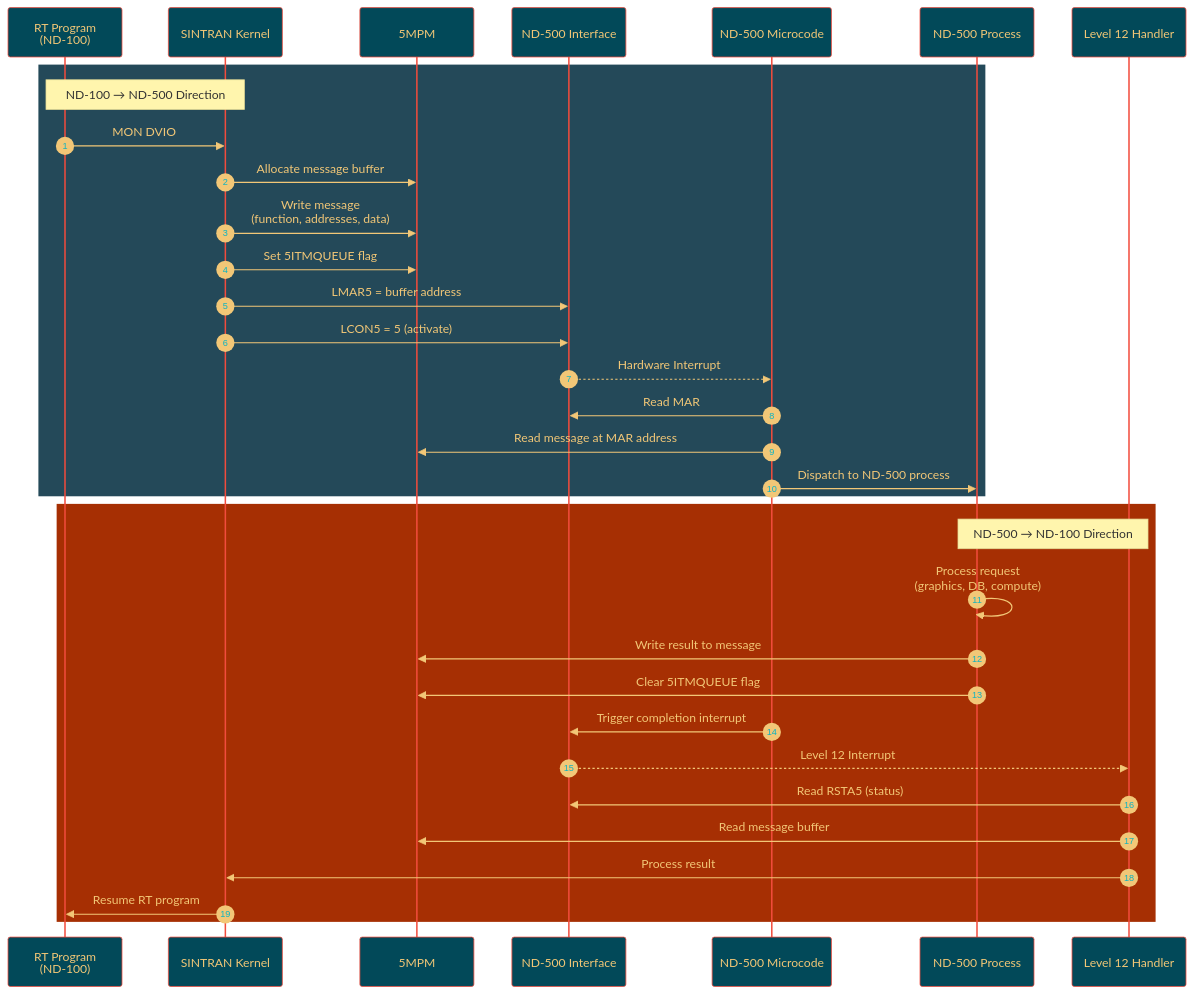
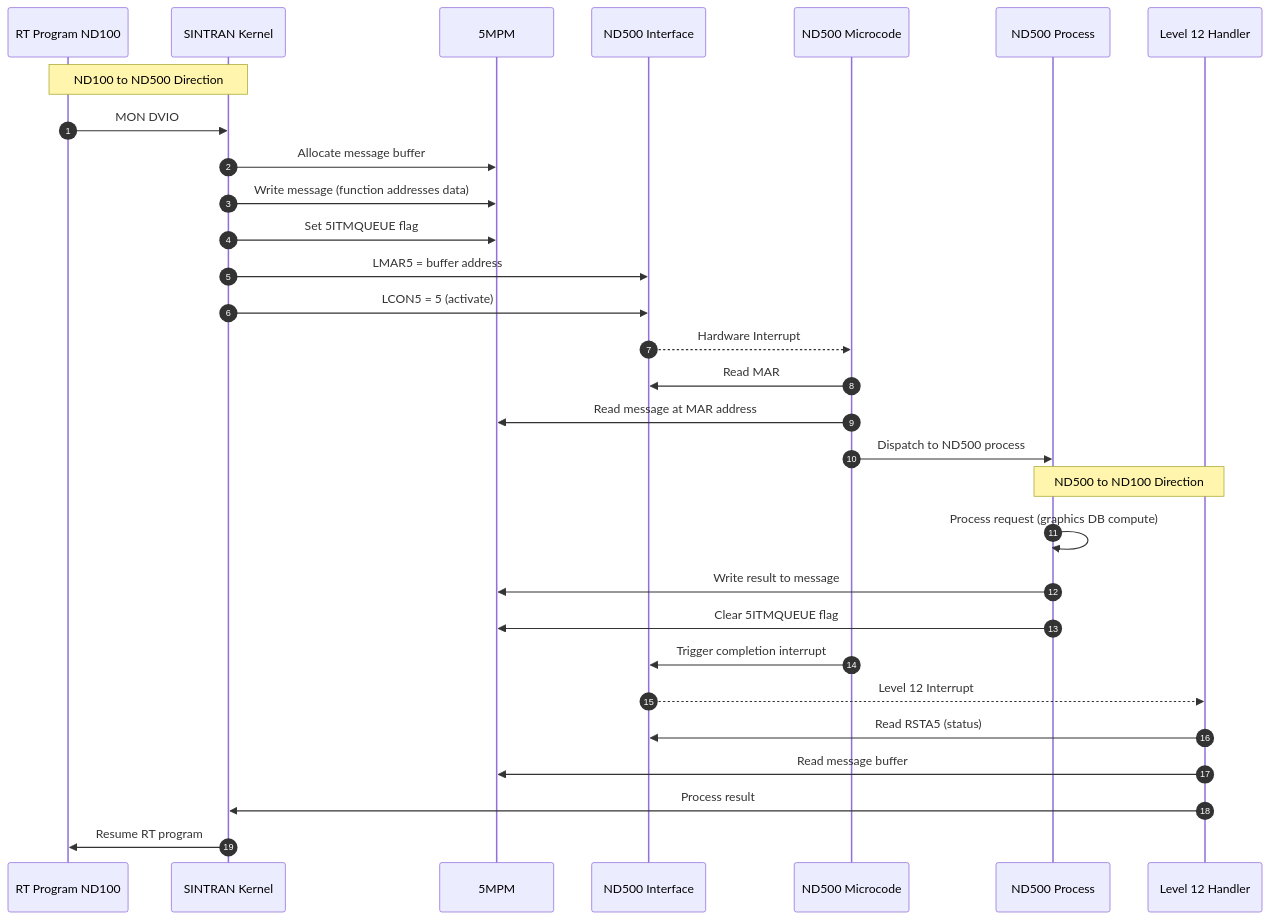
One commit to HackerCorpLabs/NDInsight changed the second of 3 diagrams in SINTRAN/OS/06-MULTIPORT-MEMORY-PART2.md. Above: the diagram before and after it, drawn with Mermaid. The commit also changed other lines of this file and 19 other files, not shown here.

Commit message:
Updated Mermaid diagrams

````diff
--- a/SINTRAN/OS/06-MULTIPORT-MEMORY-PART2.md
+++ b/SINTRAN/OS/06-MULTIPORT-MEMORY-PART2.md
@@ -125,39 +126,34 @@
 ```mermaid
-%%{init: {'theme':'base', 'themeVariables': {'primaryColor':'#024959','primaryTextColor':'#F2C777','primaryBorderColor':'#F24C3D','lineColor':'#F24C3D','secondaryColor':'#A62F03','tertiaryColor':'#F2E8C6'}}}%%
 sequenceDiagram
     autonumber
-    participant RT as RT Program<br/>(ND-100)
+    participant RT as RT Program ND100
     participant K as SINTRAN Kernel
     participant MPM as 5MPM
-    participant HW as ND-500 Interface
-    participant MC as ND-500 Microcode
-    participant P as ND-500 Process
+    participant HW as ND500 Interface
+    participant MC as ND500 Microcode
+    participant P as ND500 Process
     participant L12 as Level 12 Handler
-    
-    rect rgb(36, 73, 89)
-    note over RT,K: ND-100 → ND-500 Direction
+
+    note over RT,K: ND100 to ND500 Direction
     RT->>K: MON DVIO
     K->>MPM: Allocate message buffer
-    K->>MPM: Write message<br/>(function, addresses, data)
+    K->>MPM: Write message (function addresses data)
     K->>MPM: Set 5ITMQUEUE flag
     K->>HW: LMAR5 = buffer address
     K->>HW: LCON5 = 5 (activate)
     HW-->>MC: Hardware Interrupt
     MC->>HW: Read MAR
     MC->>MPM: Read message at MAR address
-    MC->>P: Dispatch to ND-500 process
-    end
-    
-    rect rgb(166, 47, 3)
-    note over P,L12: ND-500 → ND-100 Direction
-    P->>P: Process request<br/>(graphics, DB, compute)
+    MC->>P: Dispatch to ND500 process
+
+    note over P,L12: ND500 to ND100 Direction
+    P->>P: Process request (graphics DB compute)
     P->>MPM: Write result to message
     P->>MPM: Clear 5ITMQUEUE flag
     MC->>HW: Trigger completion interrupt
     HW-->>L12: Level 12 Interrupt
     L12->>HW: Read RSTA5 (status)
     L12->>MPM: Read message buffer
     L12->>K: Process result
     K->>RT: Resume RT program
-    end
 ```
````
